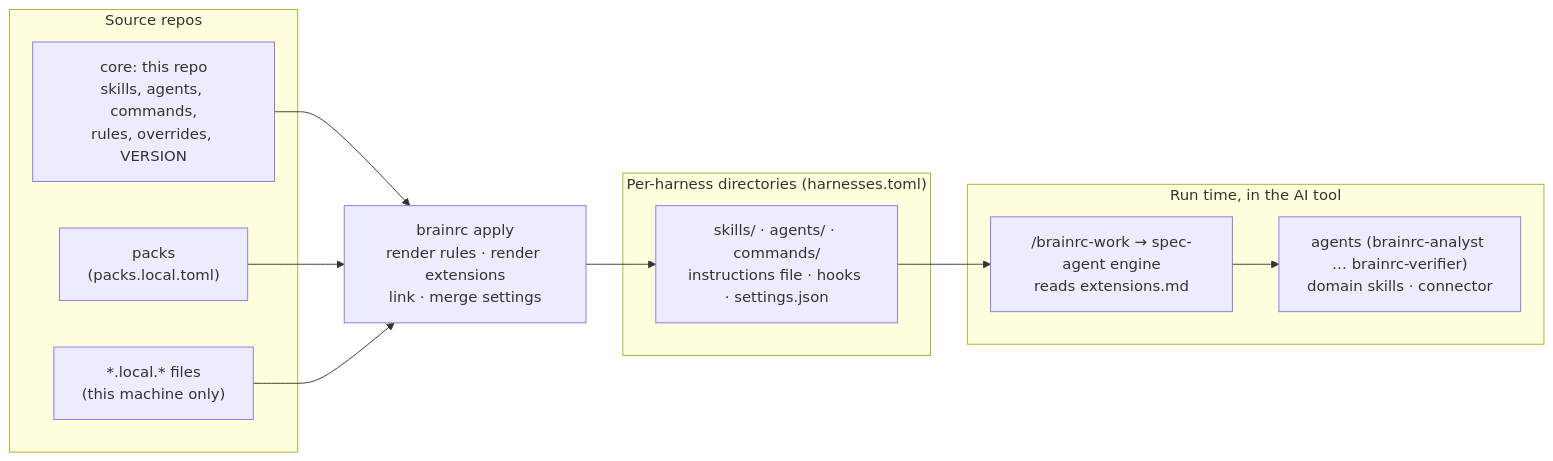
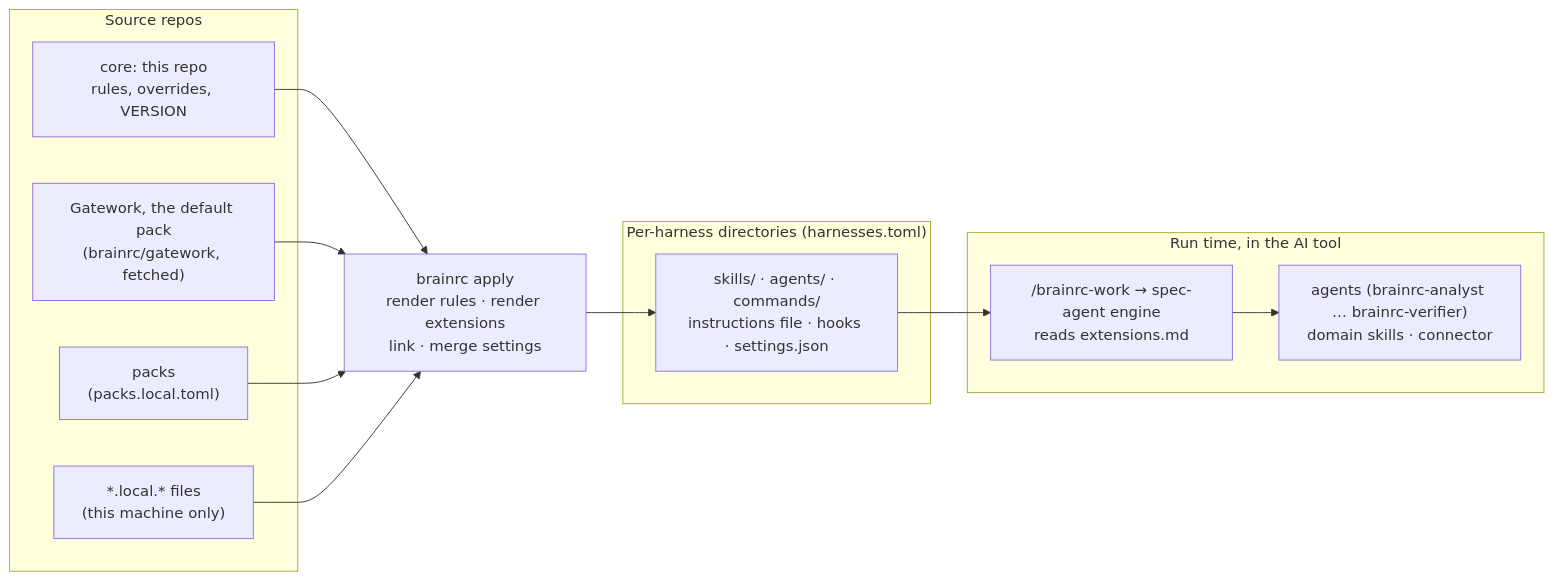
Before and after one commit to brainrc/brainrc: the diagram in docs/architecture.md, drawn with Mermaid. The commit also changed other lines of this file and 172 other files, not shown here.

First line of the commit message:
Move the Gatework pack to brainrc/gatework

````diff
--- a/docs/architecture.md
+++ b/docs/architecture.md
@@ -6,22 +6,24 @@
 ```mermaid
 flowchart LR
   subgraph sources["Source repos"]
-    core["core: this repo<br/>skills, agents, commands,<br/>rules, overrides, VERSION"]
+    core["core: this repo<br/>rules, overrides, VERSION"]
+    gatework["Gatework, the default pack<br/>(brainrc/gatework, fetched)"]
     packs["packs<br/>(packs.local.toml)"]
     local["*.local.* files<br/>(this machine only)"]
   end
   apply["brainrc apply<br/>render rules · render extensions<br/>link · merge settings"]
   subgraph harnesses["Per-harness directories (harnesses.toml)"]
     files["skills/ · agents/ · commands/<br/>instructions file · hooks · settings.json"]
   end
   subgraph run["Run time, in the AI tool"]
     engine["/brainrc-work → spec-agent engine<br/>reads extensions.md"]
     roles["agents (brainrc-analyst … brainrc-verifier)<br/>domain skills · connector"]
   end
   core --> apply
+  gatework --> apply
   packs --> apply
   local --> apply
   apply --> files
   files --> engine
   engine --> roles
 ```
````
